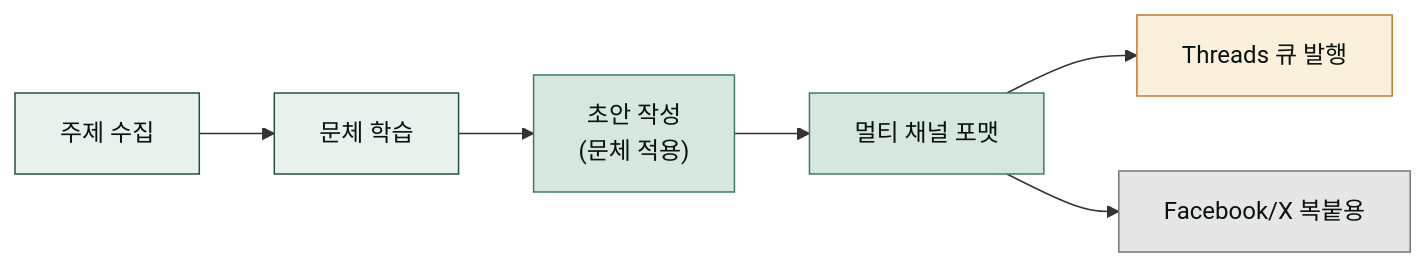
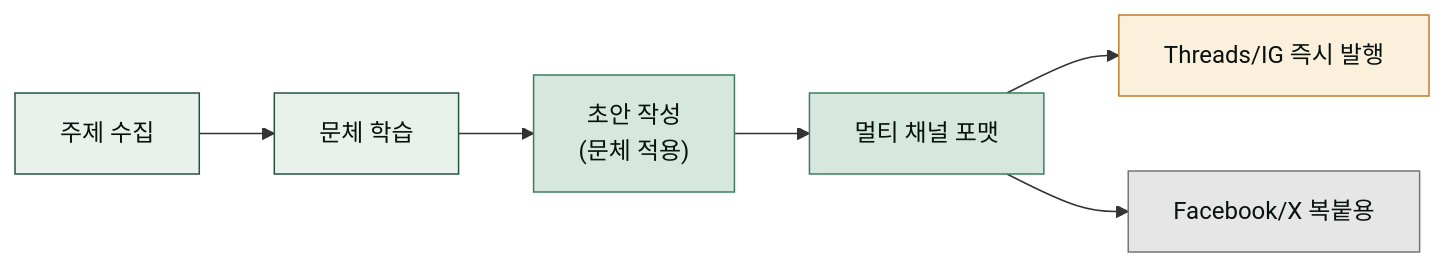
Before and after one commit to modu-ai/cowork-plugins: the diagram in www/content/moai-agents/threads-poster.md, drawn with Mermaid. The commit also changed other lines of this file and 27 other files, not shown here.

````diff
--- a/www/content/moai-agents/threads-poster.md
+++ b/www/content/moai-agents/threads-poster.md
@@ -14,15 +14,15 @@
 ```mermaid
 flowchart LR
   A["주제 수집"] --> B["문체 학습"]
   B --> C["초안 작성<br/>(문체 적용)"]
   C --> D["멀티 채널 포맷"]
-  D --> E["Threads 큐 발행"]
+  D --> E["Threads/IG 즉시 발행"]
   D --> F["Facebook/X 복붙용"]
 
   style A fill:#e8f1ec,stroke:#265240,color:#09110f
   style B fill:#e8f1ec,stroke:#265240,color:#09110f
   style C fill:#d6e7de,stroke:#3d7d5f,color:#09110f
   style D fill:#d6e7de,stroke:#3d7d5f,color:#09110f
   style E fill:#fbf0dc,stroke:#c47b2a,color:#09110f
   style F fill:#e6e6e6,stroke:#757575,color:#09110f
 ```
````
